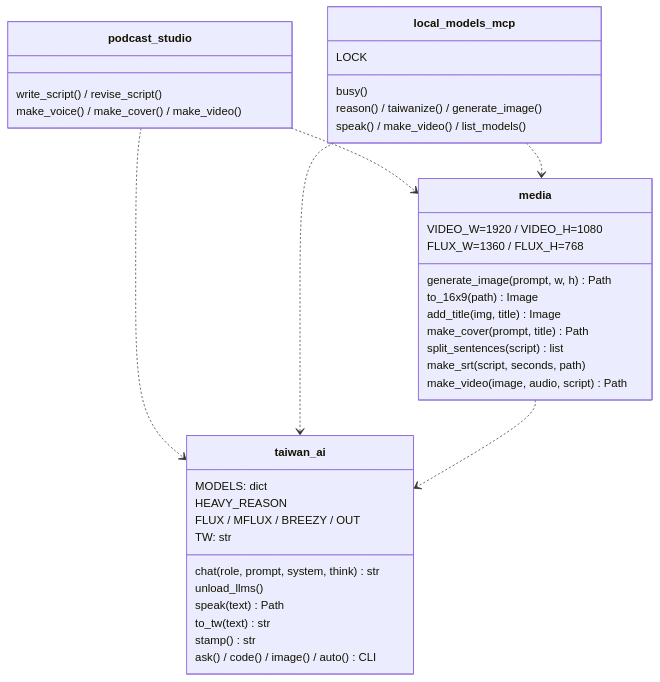
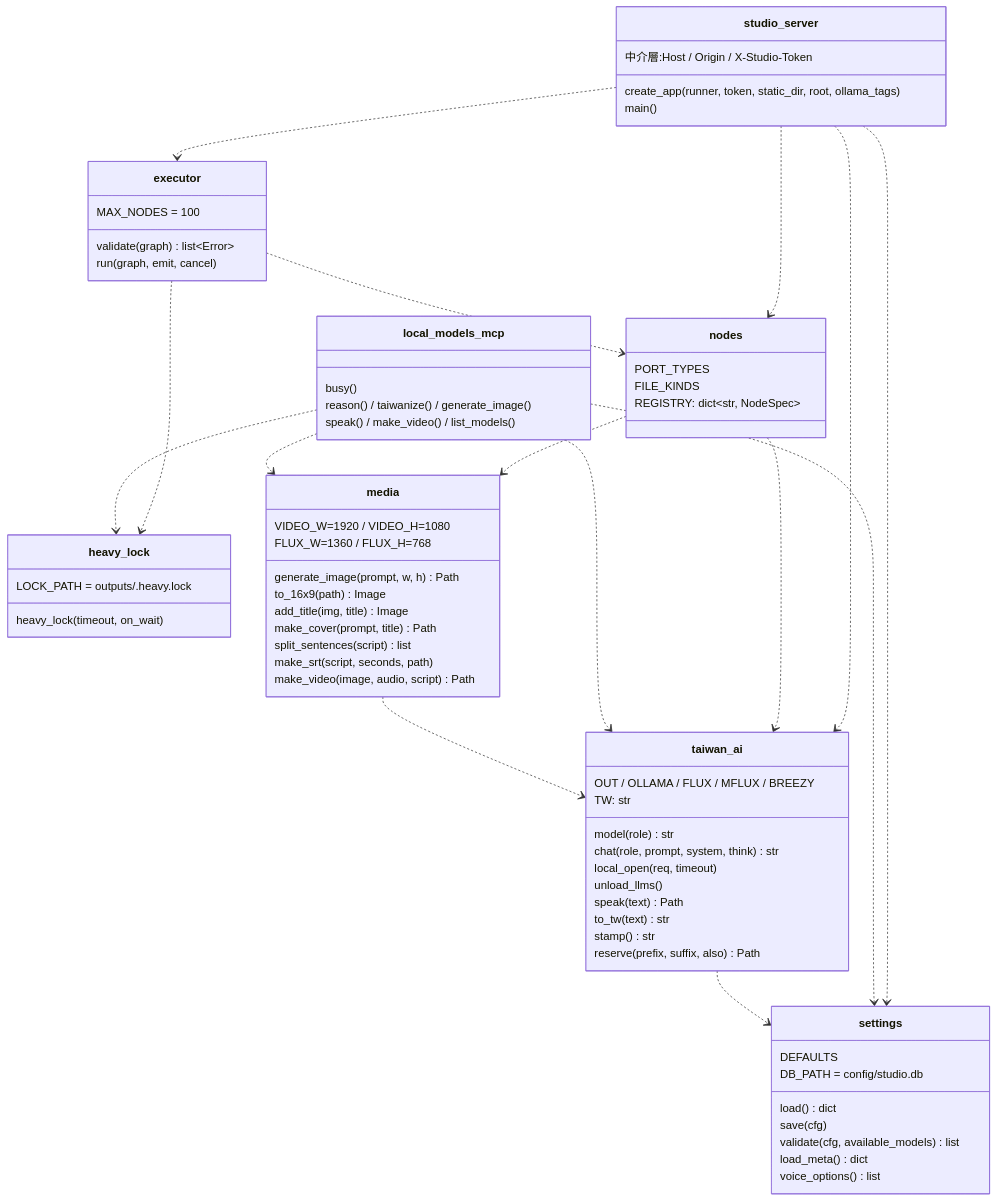
Before and after one commit to kamira/podcast-studio: the diagram in docs/structure/design.md, drawn with Mermaid. The commit also changed other lines of this file and 11 other files, not shown here.

````diff
--- a/docs/structure/design.md
+++ b/docs/structure/design.md
@@ -24,41 +33,73 @@
 ```mermaid
 classDiagram
+  class studio_server {
+    create_app(runner, token, static_dir, root, ollama_tags)
+    main()
+    中介層:Host / Origin / X-Studio-Token
+  }
+  class executor {
+    MAX_NODES = 100
+    validate(graph) list~Error~
+    run(graph, emit, cancel)
+  }
+  class nodes {
+    PORT_TYPES
+    FILE_KINDS
+    REGISTRY: dict~str, NodeSpec~
+  }
+  class settings {
+    DEFAULTS
+    DB_PATH = config/studio.db
+    load() dict
+    save(cfg)
+    validate(cfg, available_models) list
+    load_meta() dict
+    voice_options() list
+  }
+  class heavy_lock {
+    LOCK_PATH = outputs/.heavy.lock
+    heavy_lock(timeout, on_wait)
+  }
   class taiwan_ai {
-    MODELS: dict
-    HEAVY_REASON
-    FLUX / MFLUX / BREEZY / OUT
+    OUT / OLLAMA / FLUX / MFLUX / BREEZY
     TW: str
+    model(role) str
     chat(role, prompt, system, think) str
+    local_open(req, timeout)
     unload_llms()
     speak(text) Path
     to_tw(text) str
     stamp() str
-    ask() / code() / image() / auto()  CLI
+    reserve(prefix, suffix, also) Path
   }
   class media {
     VIDEO_W=1920 / VIDEO_H=1080
     FLUX_W=1360 / FLUX_H=768
     generate_image(prompt, w, h) Path
     to_16x9(path) Image
     add_title(img, title) Image
     make_cover(prompt, title) Path
     split_sentences(script) list
     make_srt(script, seconds, path)
     make_video(image, audio, script) Path
   }
   class local_models_mcp {
-    LOCK
     busy()
     reason() / taiwanize() / generate_image()
     speak() / make_video() / list_models()
   }
-  class podcast_studio {
-    write_script() / revise_script()
-    make_voice() / make_cover() / make_video()
-  }
-  podcast_studio ..> media
-  podcast_studio ..> taiwan_ai
+  studio_server ..> executor
+  studio_server ..> nodes
+  studio_server ..> settings
+  studio_server ..> taiwan_ai
+  executor ..> nodes
+  executor ..> heavy_lock
+  nodes ..> media
+  nodes ..> taiwan_ai
+  local_models_mcp ..> heavy_lock
+  local_models_mcp ..> settings
   local_models_mcp ..> media
   local_models_mcp ..> taiwan_ai
   media ..> taiwan_ai
+  taiwan_ai ..> settings
 ```
````
